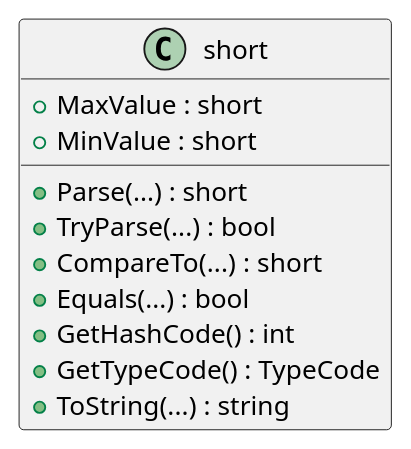
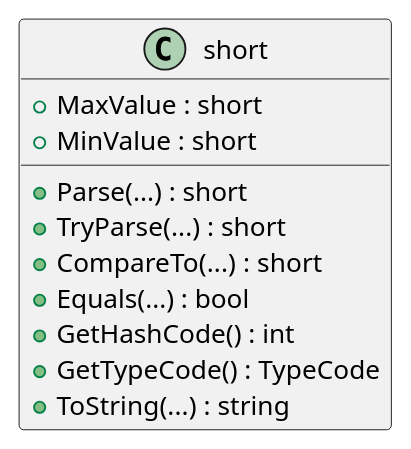
One commit to 03376836-OOP-2566/03376836-OOP-2566-Lab-02 changed the third of 7 diagrams in 65030258_HOMEWORK/Lab-02-part-1/README.md. Above: the diagram before and after it, drawn with PlantUML. The commit also changed other lines of this file, not shown here.

````diff
--- a/65030258_HOMEWORK/Lab-02-part-1/README.md
+++ b/65030258_HOMEWORK/Lab-02-part-1/README.md
@@ -48,18 +48,18 @@
 ```plantuml
 @startuml
 class short
 {
   + MaxValue : short
   + MinValue : short
 
   + Parse(...) : short
-  + TryParse(...) : bool
+  + TryParse(...) : short
   + CompareTo(...) : short
   + Equals(...) : bool
   + GetHashCode() : int
   + GetTypeCode() : TypeCode
   + ToString(...) : string
 }
 @enduml
 #Sittha Klaphanich
 ```
````
